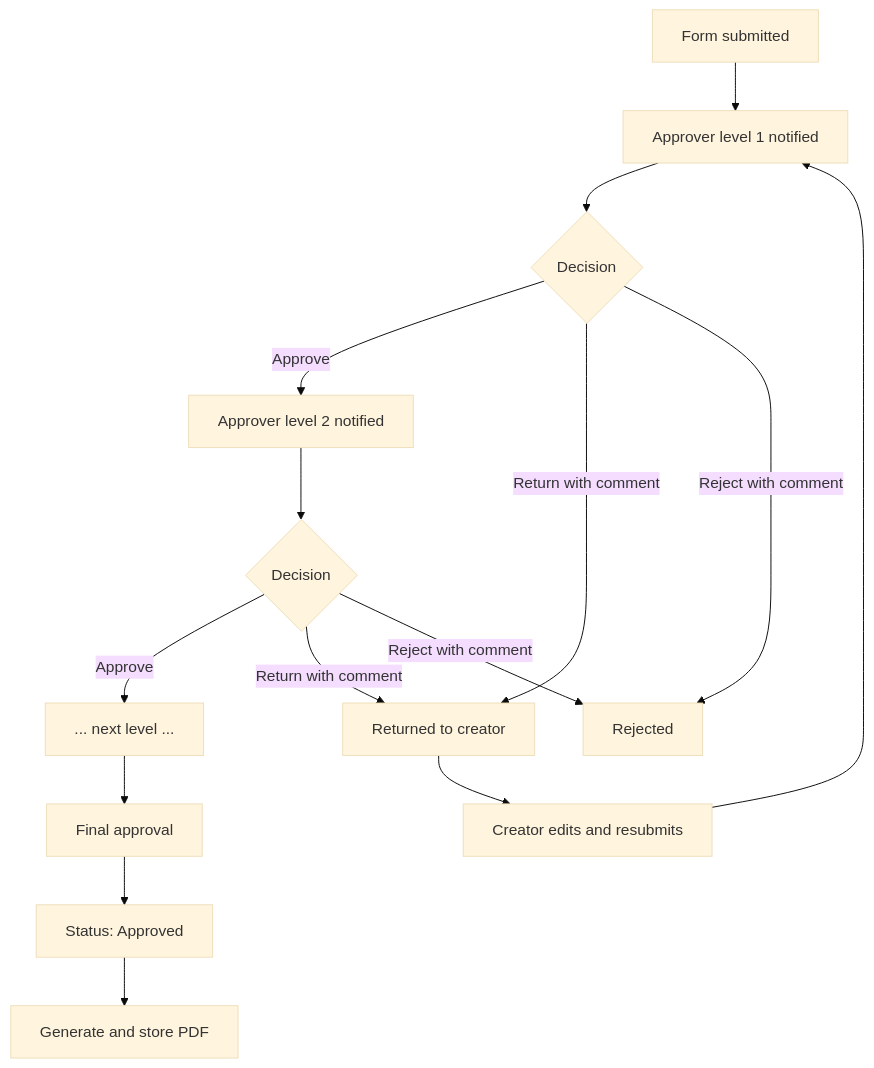
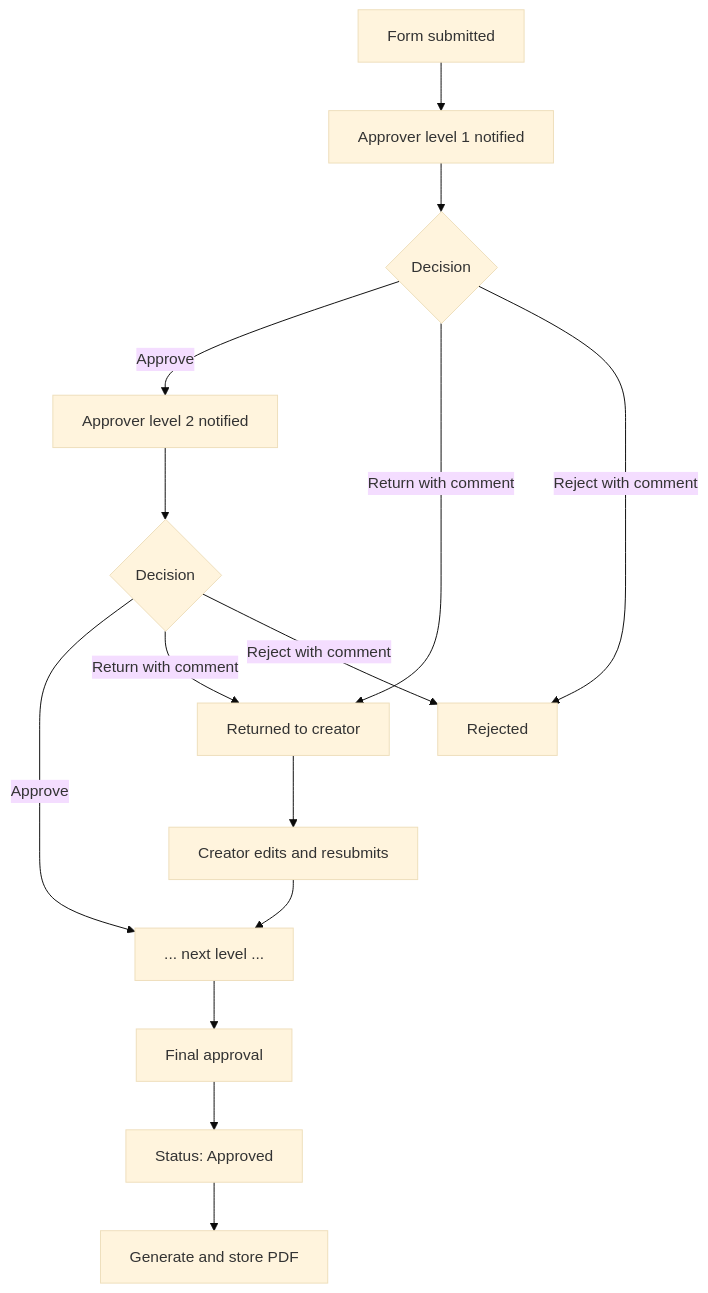
The diagram in docs/08-approval-workflow.md (Rideema14/Contract-Form-Automation), drawn with Mermaid (base theme) before and after one commit. The commit also changed other lines of this file and 13 other files, not shown here.

````diff
--- a/docs/08-approval-workflow.md
+++ b/docs/08-approval-workflow.md
@@ -4,17 +4,17 @@
 ```mermaid
 flowchart TD
     S[Form submitted] --> L1[Approver level 1 notified]
     L1 --> D1{Decision}
     D1 -- Approve --> L2[Approver level 2 notified]
     D1 -- Return with comment --> R[Returned to creator]
     D1 -- Reject with comment --> X[Rejected]
     L2 --> D2{Decision}
     D2 -- Approve --> LN[... next level ...]
     D2 -- Return with comment --> R
     D2 -- Reject with comment --> X
     LN --> FIN[Final approval]
     FIN --> OK[Status: Approved]
     R --> ED[Creator edits and resubmits]
-    ED --> L1
+    ED --> LN
     OK --> PDFG[Generate and store PDF]
 ```
````
